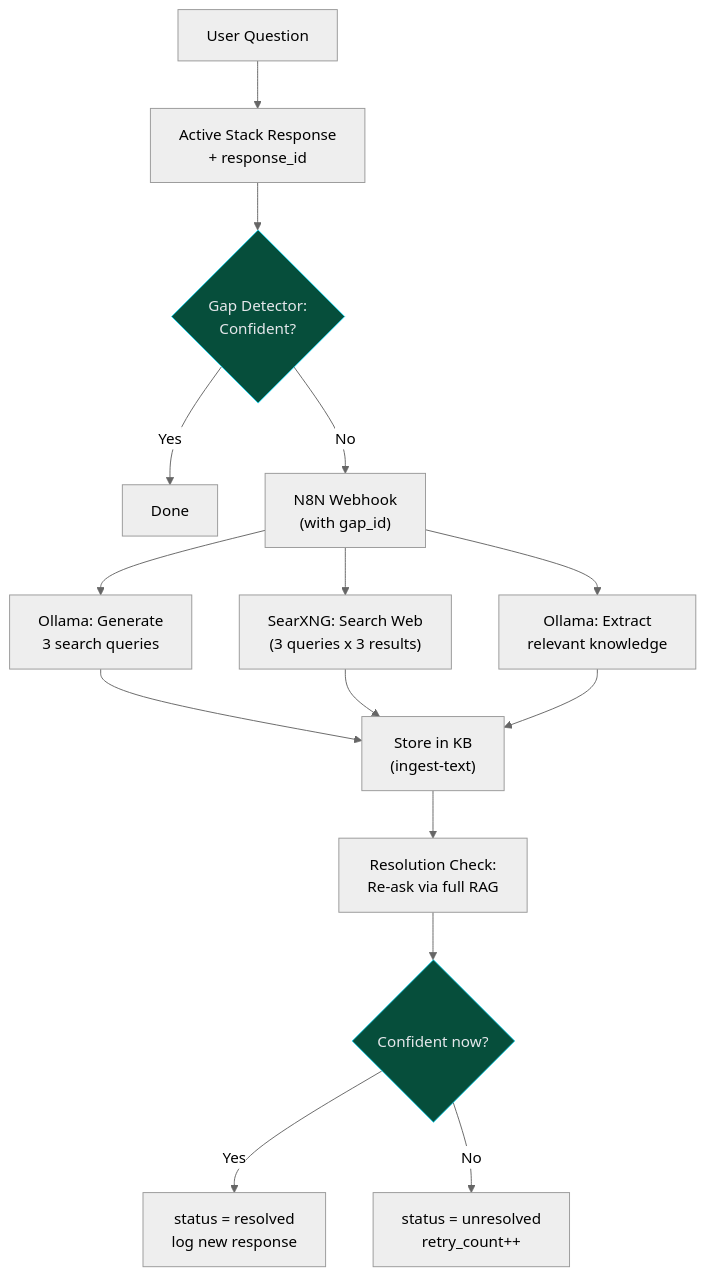
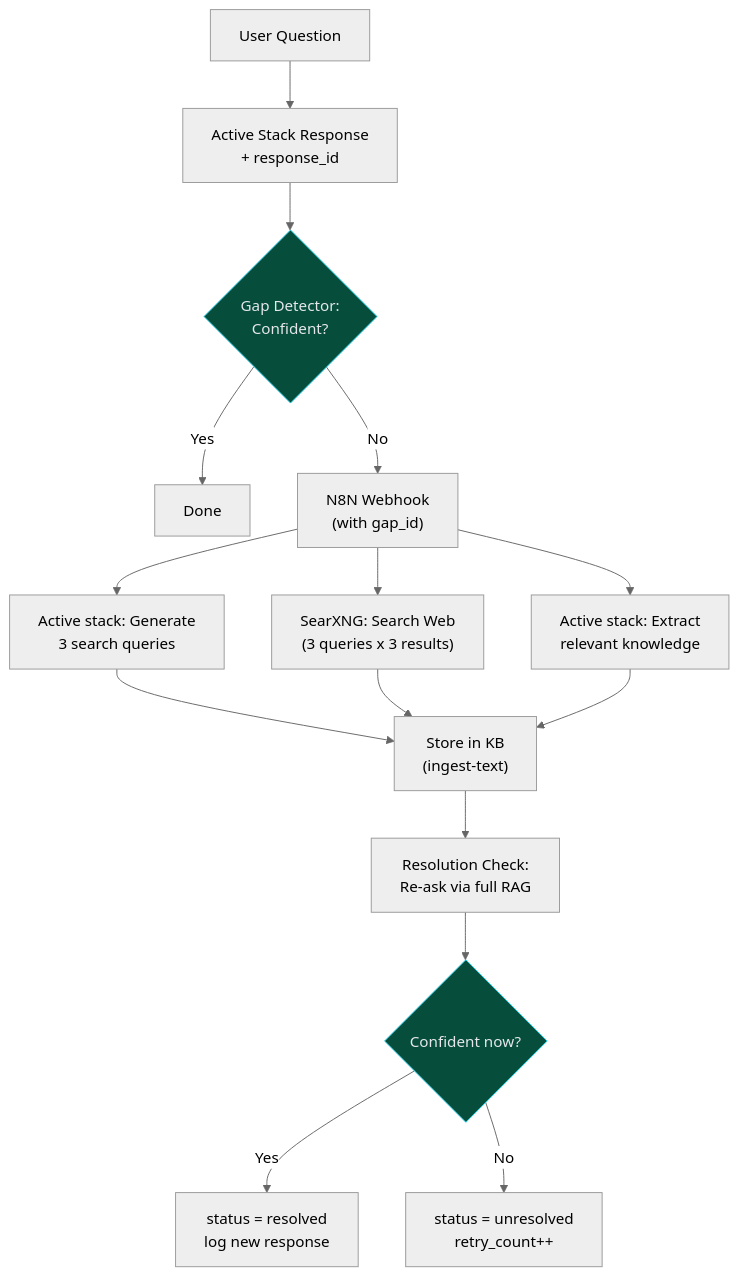
One commit to sebdallais-git/PharmaCyberLLM changed the third of 9 diagrams in README.md. Above: the diagram before and after it, drawn with Mermaid (neutral theme). The commit also changed other lines of this file, not shown here.

First line of the commit message:
docs: update README project structure and N8N stack usage

````diff
--- a/README.md
+++ b/README.md
@@ -265,21 +265,21 @@
 ```mermaid
 flowchart TD
     A["User Question"] --> B["Active Stack Response\n+ response_id"]
     B --> C{"Gap Detector:\nConfident?"}
     C -->|Yes| D["Done"]
     C -->|No| E["N8N Webhook\n(with gap_id)"]
 
-    E --> F["Ollama: Generate\n3 search queries"]
+    E --> F["Active stack: Generate\n3 search queries"]
     E --> G["SearXNG: Search Web\n(3 queries x 3 results)"]
-    E --> H["Ollama: Extract\nrelevant knowledge"]
+    E --> H["Active stack: Extract\nrelevant knowledge"]
 
     F & G & H --> I["Store in KB\n(ingest-text)"]
     I --> J["Resolution Check:\nRe-ask via full RAG"]
 
     J --> K{"Confident now?"}
     K -->|Yes| L["status = resolved\nlog new response"]
     K -->|No| M["status = unresolved\nretry_count++"]
 
     style C fill:#064e3b,stroke:#22d3ee,color:#e5e7eb
     style K fill:#064e3b,stroke:#22d3ee,color:#e5e7eb
 ```
````
